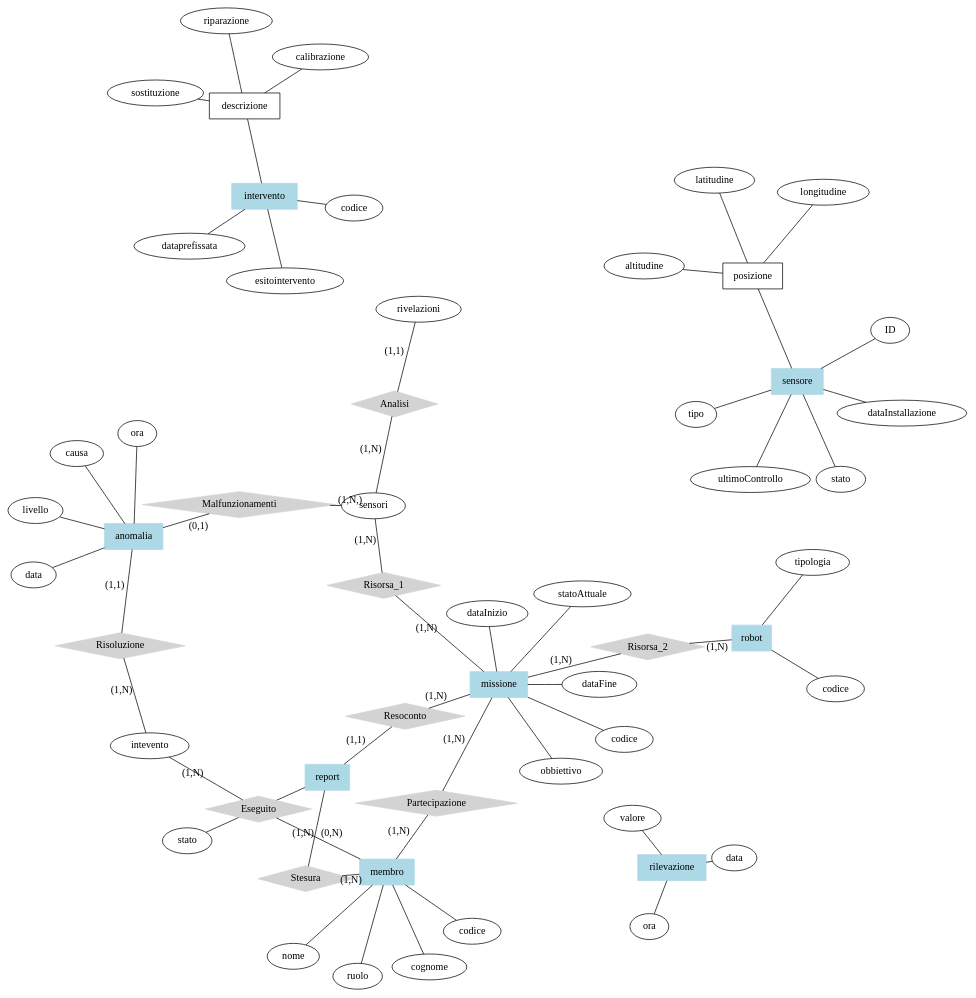
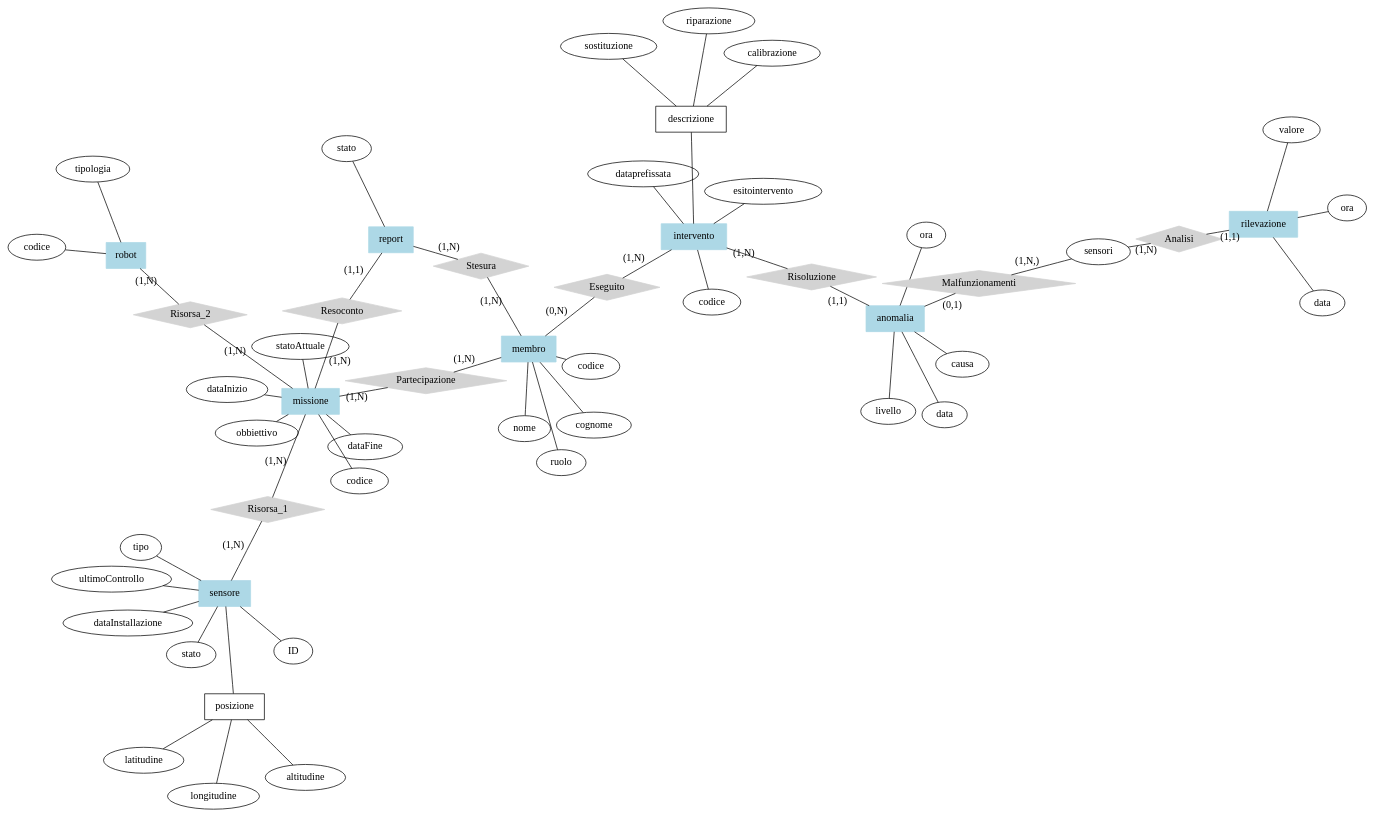
Before and after one commit to Air4x/Progetto-2024-25-DB: the diagram in Modello-ER.dot, drawn with Graphviz. The commit also changed 3 other files, not shown here.

Commit message:
Correzione Modello-ER.dot e creazione immaggini in formato svg

```diff
--- a/Modello-ER.dot
+++ b/Modello-ER.dot
@@ -1,123 +1,123 @@
 graph ER {
     layout=neato;
     overlap=false;
     // Entità
     /// Missione
     missione[shape="box", style=filled, color="lightblue"];
     missione_codice[label="codice"];
     missione_obbiettivo[label="obbiettivo"];
     missione_statoattuale[label="statoAttuale"];
     missione_dataFine[label="dataFine"];
     missione_dataInizio[label="dataInizio"];
     missione -- missione_codice;
     missione -- missione_obbiettivo;
     missione -- missione_statoattuale;
     missione -- missione_dataFine;
     missione -- missione_dataInizio;
     /// Membri dell'Equipaggio
     membro[shape="box", style=filled, color="lightblue"];
     membro_codice[label="codice"];
     membro_nome[label="nome"];
     membro_cognome[label="cognome"];
     membro_ruolo[label="ruolo"];
     membro -- membro_codice;
     membro -- membro_nome;
     membro -- membro_cognome;
     membro -- membro_ruolo;
     /// Sensori
     sensore[shape="box", style=filled, color="lightblue"];
     sensore_ID[label="ID"];
     sensore_posizione[shape="box", label="posizione"];
     sensore_pos_latitudine[label="latitudine"];
     sensore_pos_longitudine[label="longitudine"];
     sensore_pos_altitudine[label="altitudine"];
     sensore_tipo[label="tipo"];
     sensore_dataInstallazione[label="dataInstallazione"];
     sensore_ultimoControllo[label="ultimoControllo"];
     sensore_stato[label="stato"];
     sensore -- sensore_ID;
     sensore -- sensore_posizione;
     sensore_posizione -- sensore_pos_latitudine;
     sensore_pos_longitudine -- sensore_posizione -- sensore_pos_altitudine;
     sensore -- sensore_tipo;
     sensore -- sensore_dataInstallazione;
     sensore -- sensore_ultimoControllo;
     sensore -- sensore_stato;
     /// Robot
     robot[shape="box", style=filled, color="lightblue"];
     robot_codice[label="codice"];
     robot_tipo[label="tipologia"];
     robot_codice -- robot -- robot_tipo;
     /// Rilevazione
     rilevazione[shape="box", style=filled, color="lightblue"];
     rilevazione_data[label="data"];
     rilevazione_ora[label="ora"];
     rilevazione_valore[label="valore"];
     rilevazione_data -- rilevazione -- rilevazione_ora;
     rilevazione -- rilevazione_valore;
     /// Anomalia
     anomalia[shape="box", style=filled, color="lightblue"];
     anomalia_data[label="data"];
     anomalia_ora[label="ora"];
     anomalia_causa[label="causa"];
     anomalia_livello[label="livello"];
     anomalia_data -- anomalia -- anomalia_ora;
     anomalia_causa -- anomalia -- anomalia_livello;
     /// Intervento
     intervento[shape="box", style=filled, color="lightblue"];
     intervento_codice[label="codice"];
     intervento_descrizione[shape="box", label="descrizione"];
     intervento_descrizione_riparazione[label="riparazione"];
     intervento_descrizione_calibrazione[label="calibrazione"];
     intervento_descrizione_sostituzione[label="sostituzione"];
     intervento_dataprefissata[label="dataprefissata"];
     intervento_esitointervento[label="esitointervento"];
     intervento -- intervento_codice;
     intervento -- intervento_descrizione;
     intervento_descrizione_riparazione -- intervento_descrizione -- intervento_descrizione_calibrazione;
     intervento_descrizione_sostituzione -- intervento_descrizione;
     intervento -- intervento_esitointervento;
     intervento -- intervento_dataprefissata;
     /// Report
     report[shape="box", style=filled, color="lightblue"];
     report_statomissione[label="stato"];
     report -- report_statomissione;
     // Relazioni
     /// Resoconto [missione (1,N) - report (1,1)]
     Resoconto[shape="diamond", style=filled, color="lightgray"];
     missione -- Resoconto[label="(1,N)"];
     Resoconto -- report[label="(1,1)"];
     ///Stesura [membro (1,N) - report (1,N)]
     Stesura[shape="diamond", style=filled, color="lightgray"];
     membro -- Stesura[label="(1,N)"];
     Stesura -- report[label="(1,N)"];
     ///Partecipazione [missione (1,N) - membro (1,N)]
     Partecipazione[shape="diamond", style=filled, color="lightgray"];
     missione -- Partecipazione[label="(1,N)"];
     Partecipazione -- membro[label="(1,N)"];
     ///Eseguito [intevento (1,N) - membro (0,N)]
     Eseguito[shape="diamond", style=filled, color="lightgray"];
-    intevento -- Eseguito[label="(1,N)"];
+    intervento -- Eseguito[label="(1,N)"];
     Eseguito -- membro[label="(0,N)"];
     ///Risorsa_1 [missione (1,N) - sensori (1,N)]
     Risorsa_1[shape="diamond", style=filled, color="lightgray"];
     missione -- Risorsa_1[label="(1,N)"];
-    Risorsa_1 -- sensori[label="(1,N)"];
+    Risorsa_1 -- sensore[label="(1,N)"];
     ///Risorsa_2 [missione (1,N) - robot (1,N)]
     Risorsa_2[shape="diamond", style=filled, color="lightgray"];
     missione -- Risorsa_2[label="(1,N)"];
     Risorsa_2 -- robot[label="(1,N)"];
     ///Analisi [sensori (1,N) - rivelazioni (1,1)]
     Analisi[shape="diamond", style=filled, color="lightgray"];
     sensori -- Analisi[label="(1,N)"];
-    Analisi -- rivelazioni[label="(1,1)"];
+    Analisi -- rilevazione[label="(1,1)"];
     ///Malfunzionamenti [sensori (1,N) - anomalia (0,1)]
     Malfunzionamenti[shape="diamond", style=filled, color="lightgray"];
     sensori -- Malfunzionamenti[label="(1,N,)"];
     Malfunzionamenti -- anomalia[label="(0,1)"];
     ///Risoluzione [anomalia (1,1) - intevento (1,N,)]
     Risoluzione[shape="diamond", style=filled, color="lightgray"];
     anomalia -- Risoluzione[label="(1,1)"];
-    Risoluzione -- intevento[label="(1,N)"];
+    Risoluzione -- intervento[label="(1,N)"];
     // Varie ed Eventuali
 }
```
